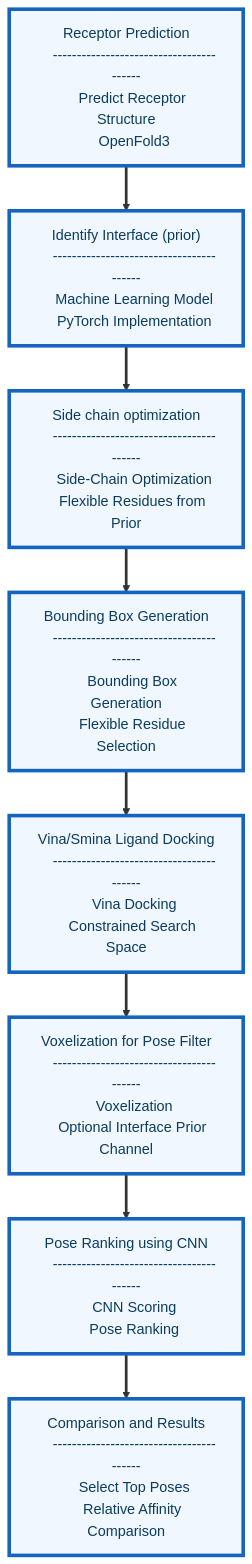
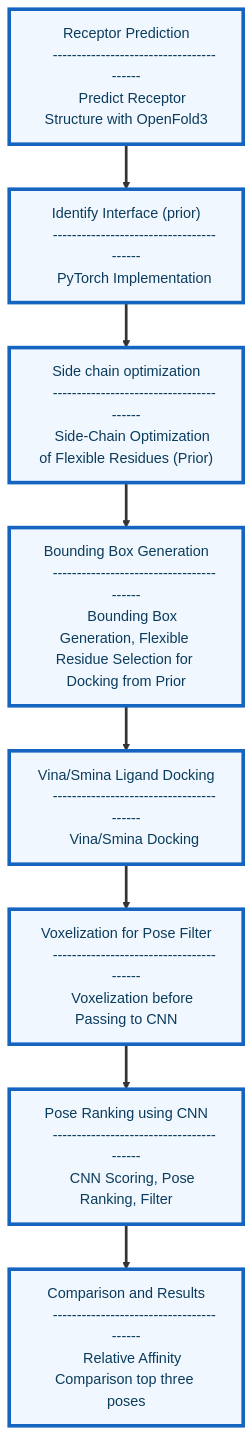
One commit to nicolemariepaterson/dokken changed the diagram in README.md. Above: the diagram before and after it, drawn with Mermaid.

````diff
--- a/README.md
+++ b/README.md
@@ -17,69 +17,61 @@
 ```mermaid
 flowchart TB
 
     %% Large vertical layout
 
     A[" 
     Receptor Prediction
     ----------------------------------------
-    Predict Receptor Structure
-    OpenFold3
+    Predict Receptor Structure with OpenFold3
     "]
 
     B[" 
     Identify Interface (prior)
     ----------------------------------------
-    Machine Learning Model
-    PyTorch Implementation
+    PyTorch Implementation 
     "]
 
     C[" 
     Side chain optimization
     ----------------------------------------
-    Side-Chain Optimization
-    Flexible Residues from Prior
+    Side-Chain Optimization of Flexible Residues (Prior)
     "]
 
     D[" 
     Bounding Box Generation
     ----------------------------------------
-    Bounding Box Generation
-    Flexible Residue Selection
+    Bounding Box Generation, Flexible Residue Selection for Docking from Prior
     "]
 
     E[" 
     Vina/Smina Ligand Docking
     ----------------------------------------
-    Vina Docking
-    Constrained Search Space
+    Vina/Smina Docking
     "]
 
     F[" 
     Voxelization for Pose Filter
     ----------------------------------------
-    Voxelization
-    Optional Interface Prior Channel
+    Voxelization before Passing to CNN
     "]
 
     G[" 
     Pose Ranking using CNN
     ----------------------------------------
-    CNN Scoring
-    Pose Ranking
+    CNN Scoring, Pose Ranking, Filter
     "]
 
     H[" 
     Comparison and Results
     ----------------------------------------
-    Select Top Poses
-    Relative Affinity Comparison
+    Relative Affinity Comparison top three poses
     "]
 
     A --> B --> C --> D --> E --> F --> G --> H
 
     %% Styling
     classDef big fill:#F0F7FF,stroke:#1565C0,stroke-width:4px,color:#0B3C5D;
     class A,B,C,D,E,F,G,H big;
 
     linkStyle default stroke-width:3px
 ```
````
